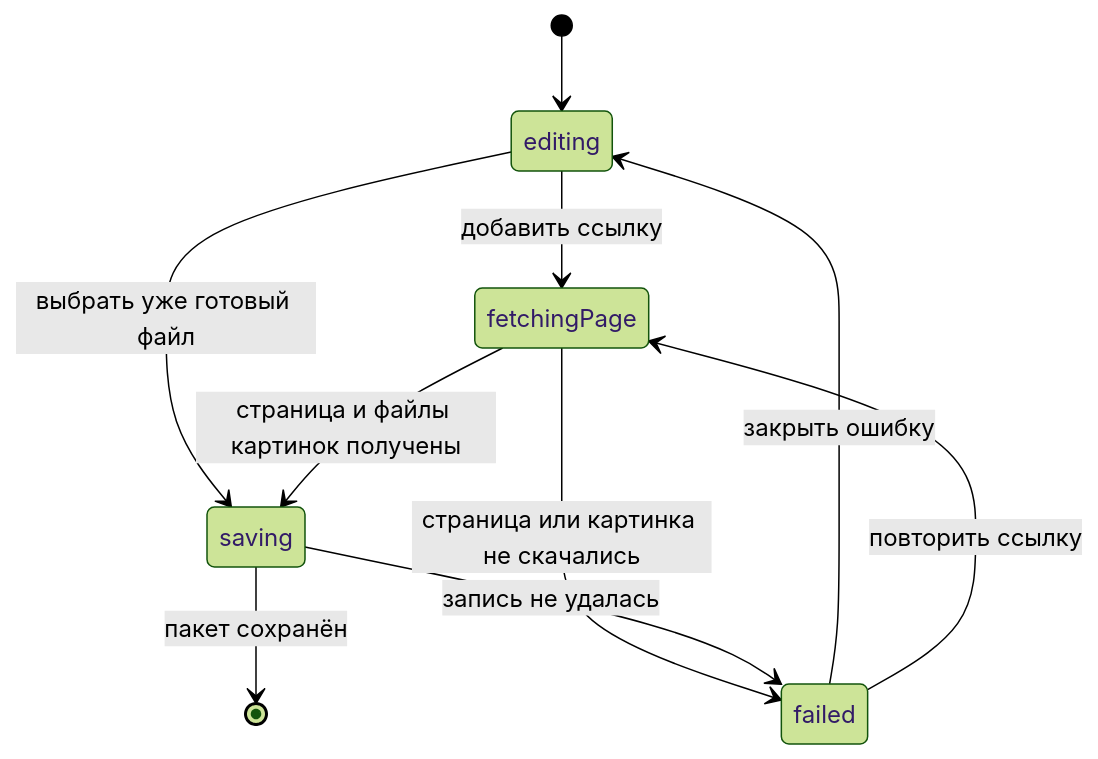
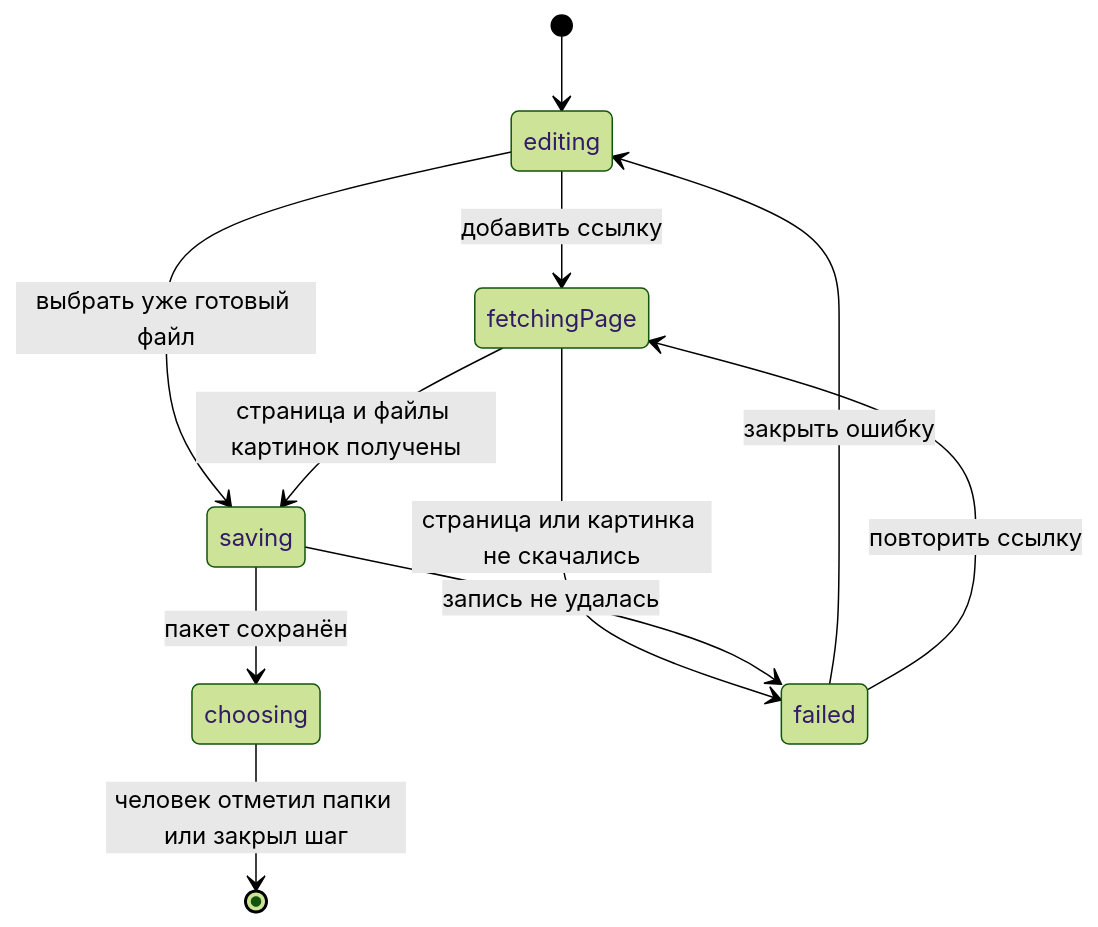
The fourth of 9 diagrams in APP_SPEC.md (vladkalinichencko/fnmn-app), drawn with Mermaid (forest theme) before and after one commit. The commit also changed other lines of this file and 31 other files, not shown here.

````diff
--- a/APP_SPEC.md
+++ b/APP_SPEC.md
@@ -150,12 +147,13 @@
 ```mermaid
 stateDiagram-v2
     [*] --> editing
     editing --> fetchingPage: добавить ссылку
     editing --> saving: выбрать уже готовый файл
     fetchingPage --> saving: страница и файлы картинок получены
-    saving --> [*]: пакет сохранён
+    saving --> choosing: пакет сохранён
+    choosing --> [*]: человек отметил папки или закрыл шаг
     fetchingPage --> failed: страница или картинка не скачались
     saving --> failed: запись не удалась
     failed --> editing: закрыть ошибку
     failed --> fetchingPage: повторить ссылку
 ```
````
